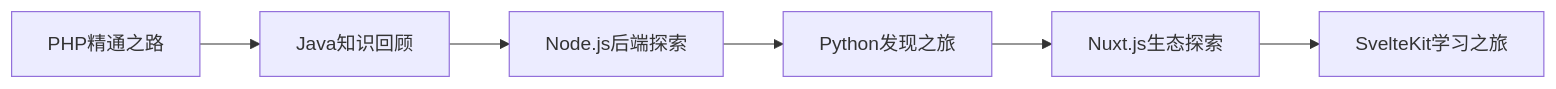
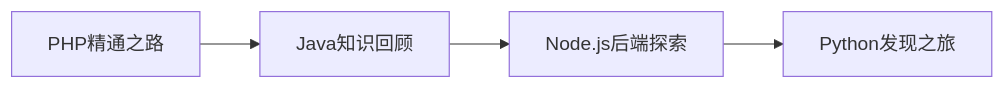
The second of 2 diagrams in README.md (x-rush/dev-quest), drawn with Mermaid before and after one commit. The commit also changed other lines of this file and 10 other files, not shown here.

````diff
--- a/README.md
+++ b/README.md
@@ -61,8 +61,6 @@
 ```mermaid
 graph LR
     G[PHP精通之路] --> H[Java知识回顾]
     H --> I[Node.js后端探索]
     I --> J[Python发现之旅]
-    J --> K[Nuxt.js生态探索]
-    K --> L[SvelteKit学习之旅]
 ```
````
